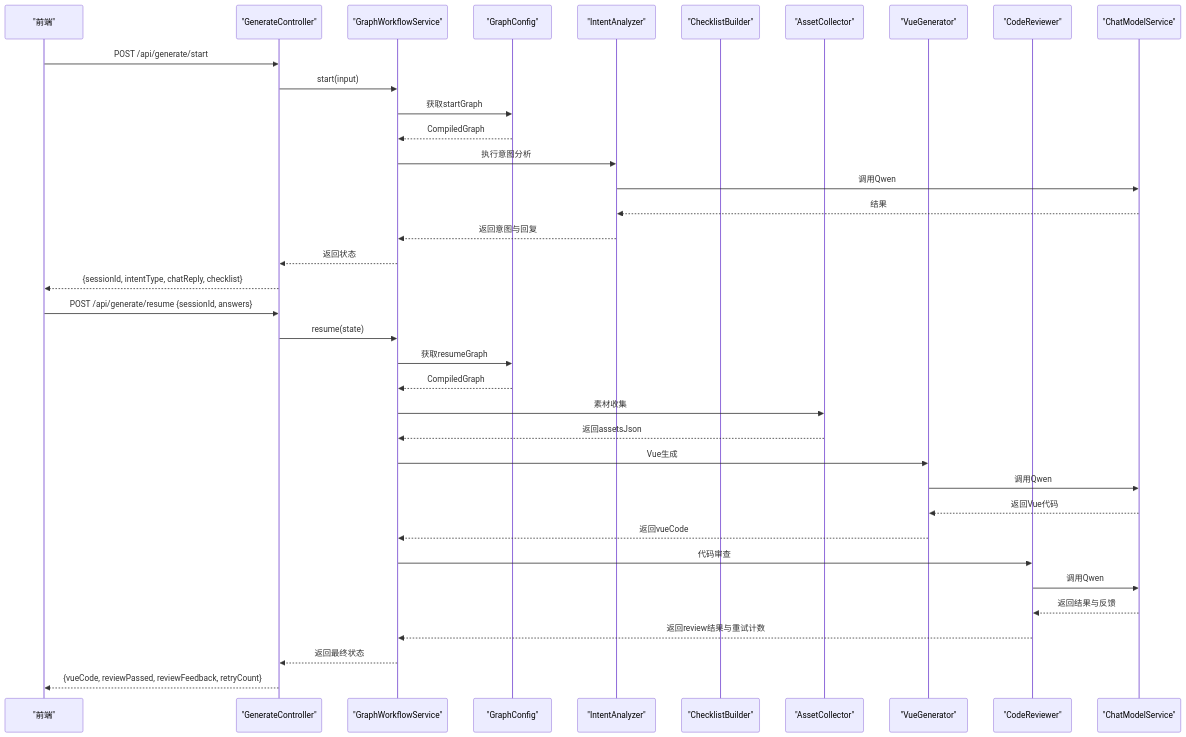
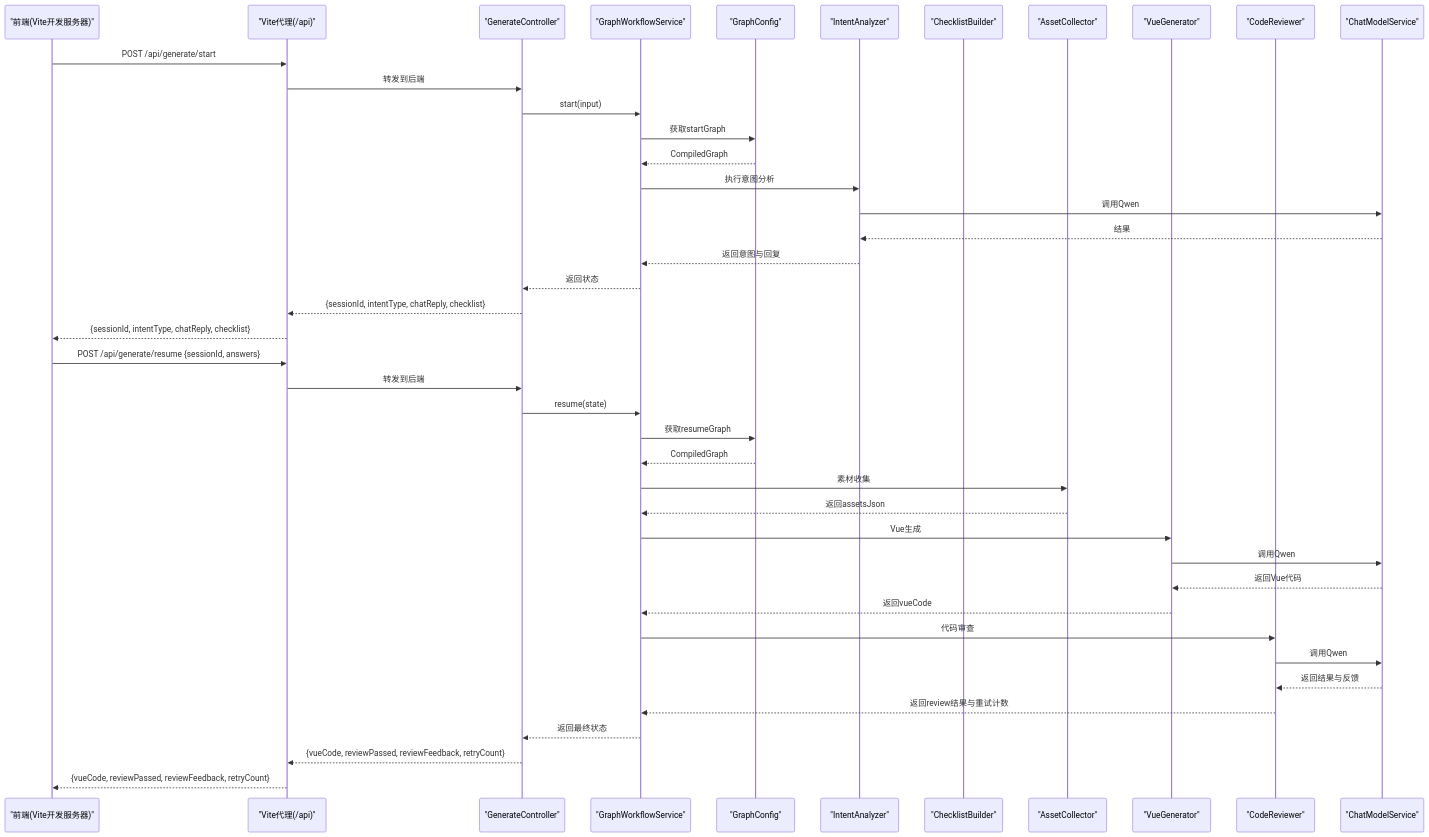
Before and after one commit to CyanYuKi/WebSiteFrontendCodeMother: the second of 4 diagrams in .qoder/repowiki/zh/content/开发指南.md, drawn with Mermaid. The commit also changed other lines of this file and 14 other files, not shown here.

````diff
--- a/.qoder/repowiki/zh/content/开发指南.md
+++ b/.qoder/repowiki/zh/content/开发指南.md
@@ -134,39 +151,44 @@
 ```mermaid
 sequenceDiagram
-participant FE as "前端"
+participant FE as "前端(Vite开发服务器)"
+participant PROXY as "Vite代理(/api)"
 participant CTRL as "GenerateController"
 participant SVC as "GraphWorkflowService"
 participant CFG as "GraphConfig"
 participant NODE1 as "IntentAnalyzer"
 participant NODE2 as "ChecklistBuilder"
 participant NODE3 as "AssetCollector"
 participant NODE4 as "VueGenerator"
 participant NODE5 as "CodeReviewer"
 participant LLM as "ChatModelService"
-FE->>CTRL : POST /api/generate/start
+FE->>PROXY : POST /api/generate/start
+PROXY->>CTRL : 转发到后端
 CTRL->>SVC : start(input)
 SVC->>CFG : 获取startGraph
 CFG-->>SVC : CompiledGraph
 SVC->>NODE1 : 执行意图分析
 NODE1->>LLM : 调用Qwen
 LLM-->>NODE1 : 结果
 NODE1-->>SVC : 返回意图与回复
 SVC-->>CTRL : 返回状态
-CTRL-->>FE : {sessionId, intentType, chatReply, checklist}
-FE->>CTRL : POST /api/generate/resume {sessionId, answers}
+CTRL-->>PROXY : {sessionId, intentType, chatReply, checklist}
+PROXY-->>FE : {sessionId, intentType, chatReply, checklist}
+FE->>PROXY : POST /api/generate/resume {sessionId, answers}
+PROXY->>CTRL : 转发到后端
 CTRL->>SVC : resume(state)
 SVC->>CFG : 获取resumeGraph
 CFG-->>SVC : CompiledGraph
 SVC->>NODE3 : 素材收集
 NODE3-->>SVC : 返回assetsJson
 SVC->>NODE4 : Vue生成
 NODE4->>LLM : 调用Qwen
 LLM-->>NODE4 : 返回Vue代码
 NODE4-->>SVC : 返回vueCode
 SVC->>NODE5 : 代码审查
 NODE5->>LLM : 调用Qwen
 LLM-->>NODE5 : 返回结果与反馈
 NODE5-->>SVC : 返回review结果与重试计数
 SVC-->>CTRL : 返回最终状态
-CTRL-->>FE : {vueCode, reviewPassed, reviewFeedback, retryCount}
+CTRL-->>PROXY : {vueCode, reviewPassed, reviewFeedback, retryCount}
+PROXY-->>FE : {vueCode, reviewPassed, reviewFeedback, retryCount}
 ```
````
